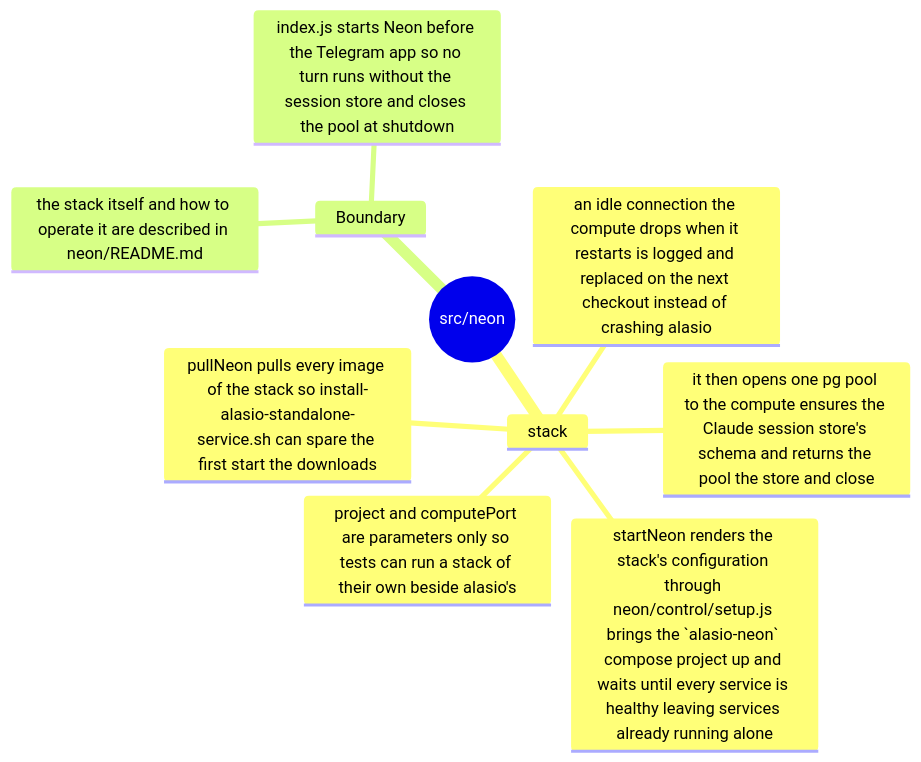
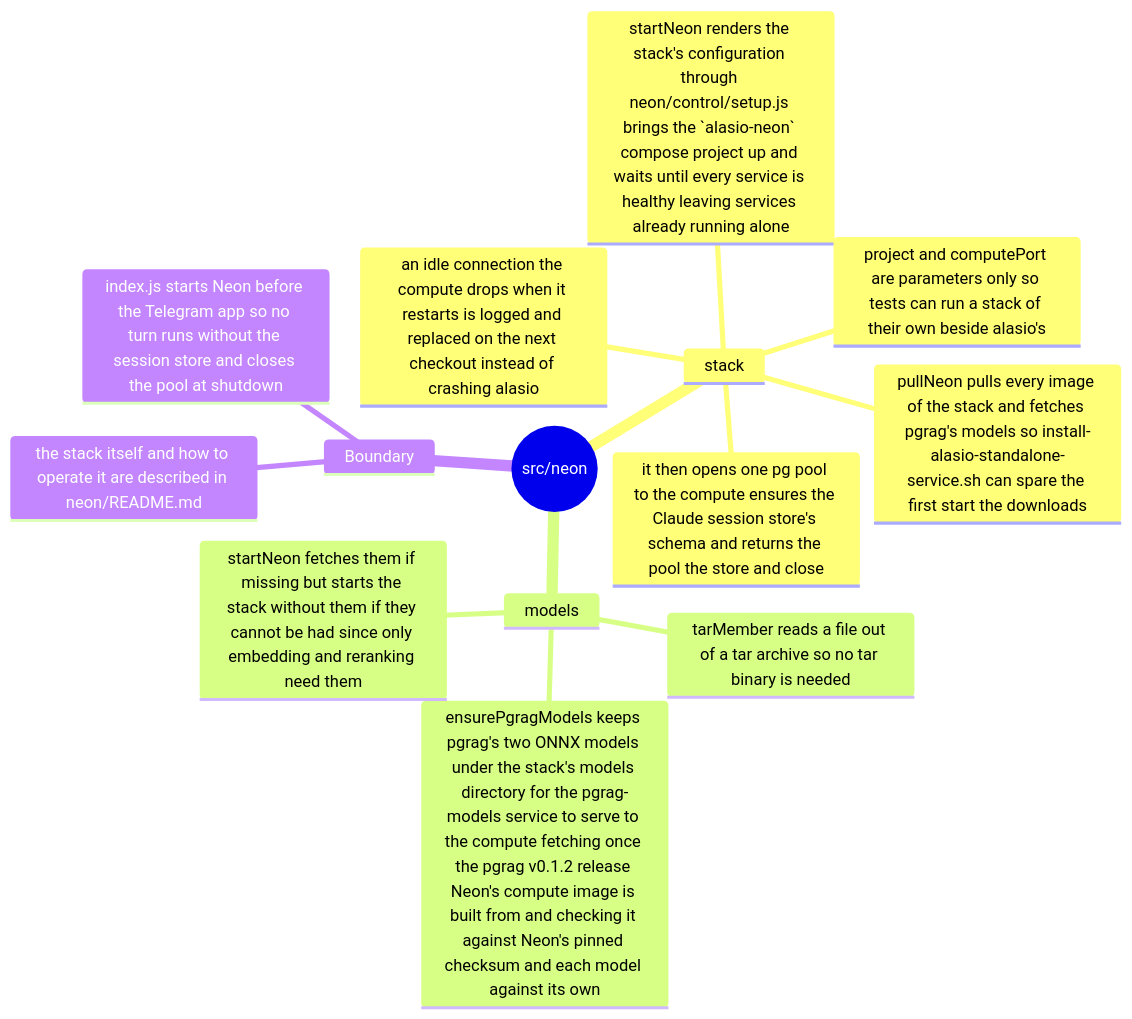
The first of 3 diagrams in src/neon/README.md (eaucoin/alasio), drawn with Mermaid before and after one commit. The commit also changed 27 other files, not shown here.

````diff
--- a/src/neon/README.md
+++ b/src/neon/README.md
@@ -2,13 +2,17 @@
 ```mermaid
 mindmap
   root((src/neon))
     stack
       startNeon renders the stack's configuration through neon/control/setup.js brings the `alasio-neon` compose project up and waits until every service is healthy leaving services already running alone
       it then opens one pg pool to the compute ensures the Claude session store's schema and returns the pool the store and close
       an idle connection the compute drops when it restarts is logged and replaced on the next checkout instead of crashing alasio
-      pullNeon pulls every image of the stack so install-alasio-standalone-service.sh can spare the first start the downloads
+      pullNeon pulls every image of the stack and fetches pgrag's models so install-alasio-standalone-service.sh can spare the first start the downloads
       project and computePort are parameters only so tests can run a stack of their own beside alasio's
+    models
+      ensurePgragModels keeps pgrag's two ONNX models under the stack's models directory for the pgrag-models service to serve to the compute fetching once the pgrag v0.1.2 release Neon's compute image is built from and checking it against Neon's pinned checksum and each model against its own
+      startNeon fetches them if missing but starts the stack without them if they cannot be had since only embedding and reranking need them
+      tarMember reads a file out of a tar archive so no tar binary is needed
     Boundary
       the stack itself and how to operate it are described in neon/README.md
       index.js starts Neon before the Telegram app so no turn runs without the session store and closes the pool at shutdown
 ```
````
